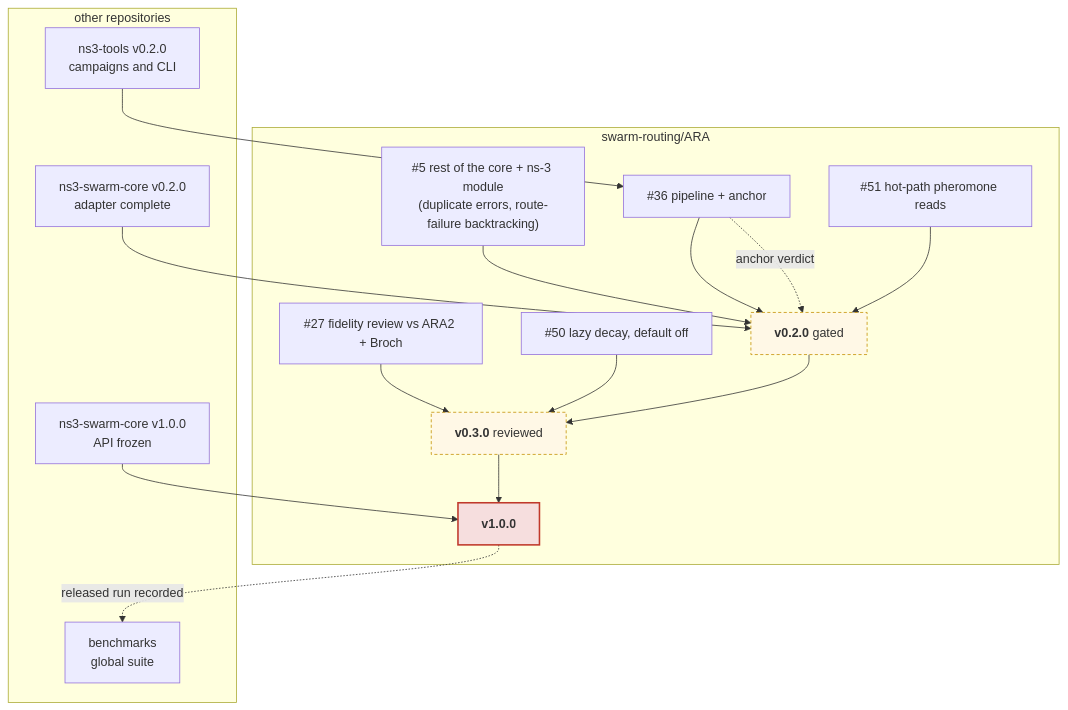
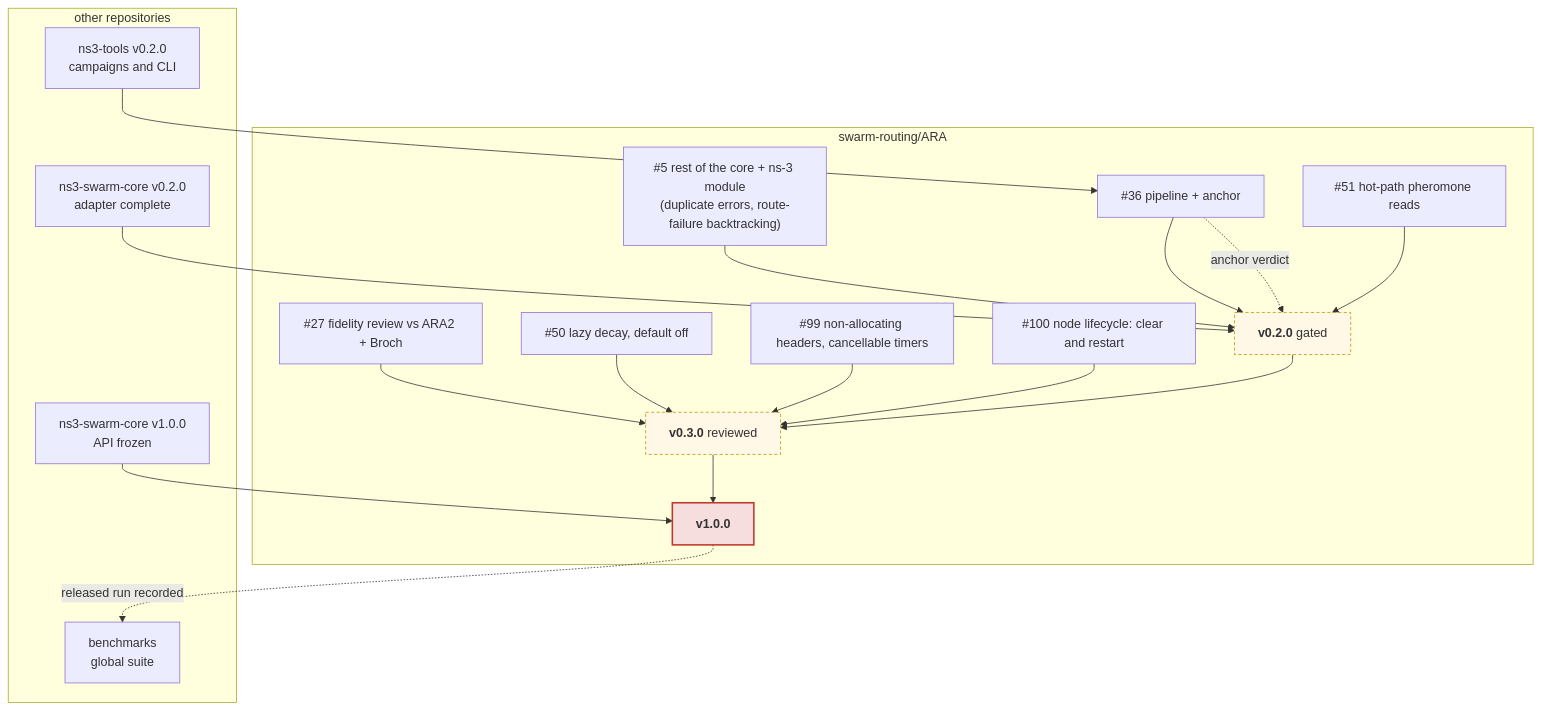
Before and after one commit to swarm-routing/ARA: the second of 2 diagrams in docs/roadmap.md, drawn with Mermaid. The commit also changed other lines of this file, not shown here.

First paragraph of the commit message:
docs(roadmap): #99 and #100 join v0.3.0 (#103)
## Summary

````diff
--- a/docs/roadmap.md
+++ b/docs/roadmap.md
@@ -55,36 +55,40 @@
 ```mermaid
 flowchart TB
     subgraph ARA["swarm-routing/ARA"]
         I5["#5 rest of the core + ns-3 module<br/>(duplicate errors, route-failure backtracking)"]
         I36["#36 pipeline + anchor"]
         I51["#51 hot-path pheromone reads"]
         I27["#27 fidelity review vs ARA2 + Broch"]
         I50["#50 lazy decay, default off"]
+        I99["#99 non-allocating headers, cancellable timers"]
+        I100["#100 node lifecycle: clear and restart"]
         V02["<b>v0.2.0</b> gated"]
         V03["<b>v0.3.0</b> reviewed"]
         V10["<b>v1.0.0</b>"]
     end
     subgraph XR["other repositories"]
         T02["ns3-tools v0.2.0<br/>campaigns and CLI"]
         S02["ns3-swarm-core v0.2.0<br/>adapter complete"]
         S10["ns3-swarm-core v1.0.0<br/>API frozen"]
         BM["benchmarks<br/>global suite"]
     end
 
     I5 --> V02
     I36 --> V02
     I51 --> V02
     T02 --> I36
     S02 --> V02
     I36 -.->|"anchor verdict"| V02
     V02 --> V03
     I27 --> V03
     I50 --> V03
+    I99 --> V03
+    I100 --> V03
     V03 --> V10
     S10 --> V10
     V10 -.->|"released run recorded"| BM
 
     style V02 fill:#fff8e6,stroke:#c48f00,stroke-dasharray:4 3
     style V03 fill:#fff8e6,stroke:#c48f00,stroke-dasharray:4 3
     style V10 fill:#f6dede,stroke:#c0392b,stroke-width:2px
 ```
````
